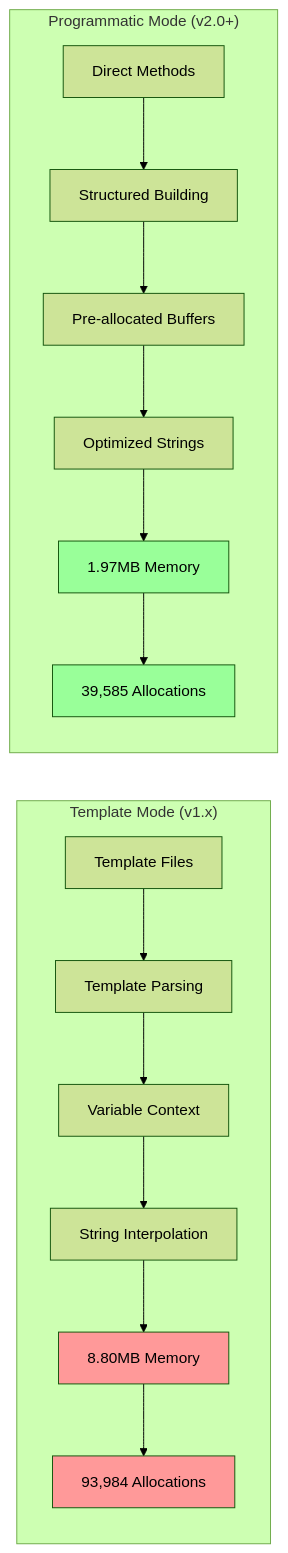
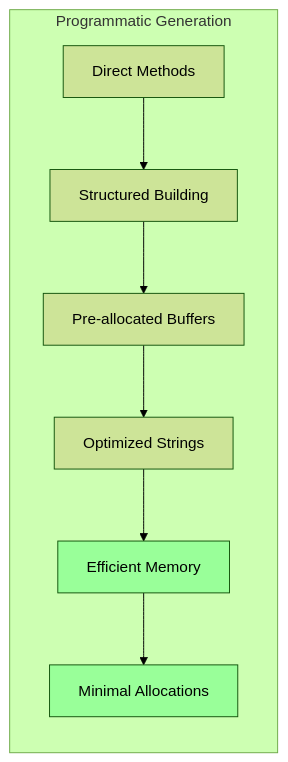
The seventh of 10 diagrams in docs/development/architecture.md (EvilBit-Labs/opnDossier), drawn with Mermaid (forest theme) before and after one commit. The commit also changed other lines of this file and 22 other files, not shown here.

````diff
--- a/docs/development/architecture.md
+++ b/docs/development/architecture.md
@@ -451,23 +376,13 @@
 ```mermaid
 graph LR
-    subgraph "Template Mode (v1.x)"
-        T1[Template Files] --> T2[Template Parsing]
-        T2 --> T3[Variable Context]
-        T3 --> T4[String Interpolation]
-        T4 --> T5[8.80MB Memory]
-        T5 --> T6[93,984 Allocations]
-    end
-
-    subgraph "Programmatic Mode (v2.0+)"
+    subgraph "Programmatic Generation"
         P1[Direct Methods] --> P2[Structured Building]
         P2 --> P3[Pre-allocated Buffers]
         P3 --> P4[Optimized Strings]
-        P4 --> P5[1.97MB Memory]
-        P5 --> P6[39,585 Allocations]
+        P4 --> P5[Efficient Memory]
+        P5 --> P6[Minimal Allocations]
     end
 
-    style T5 fill:#ff9999
-    style T6 fill:#ff9999
     style P5 fill:#99ff99
     style P6 fill:#99ff99
 ```
````
